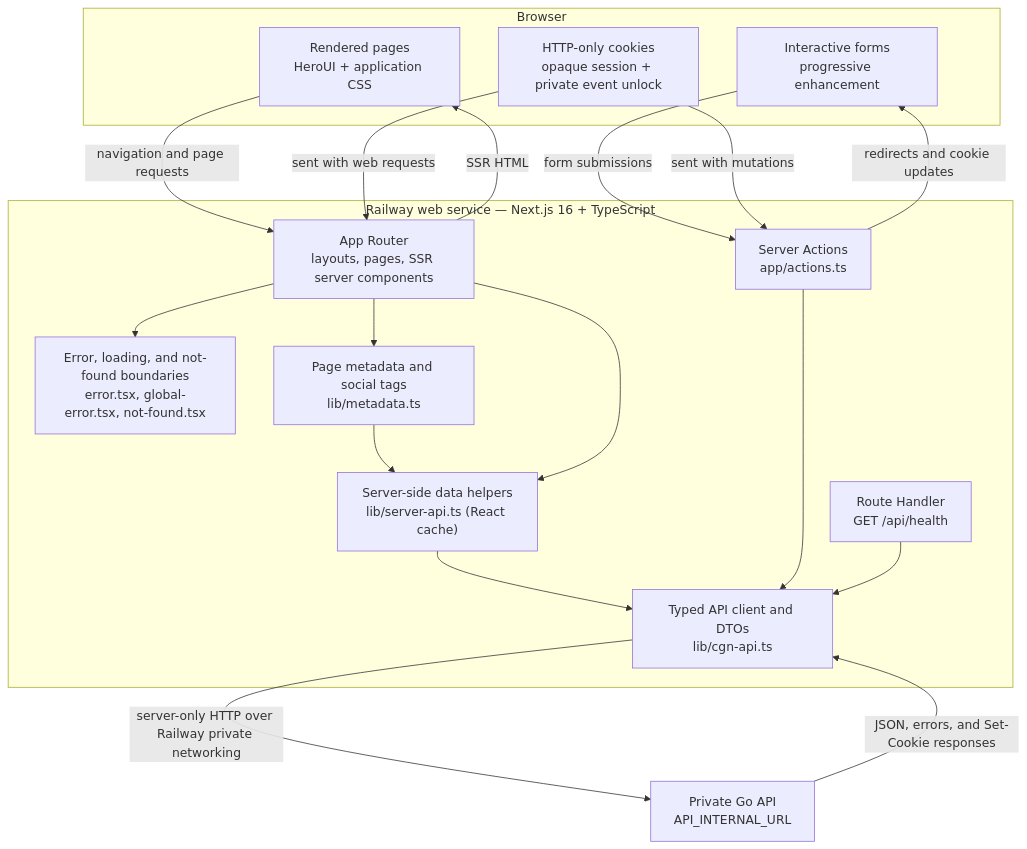
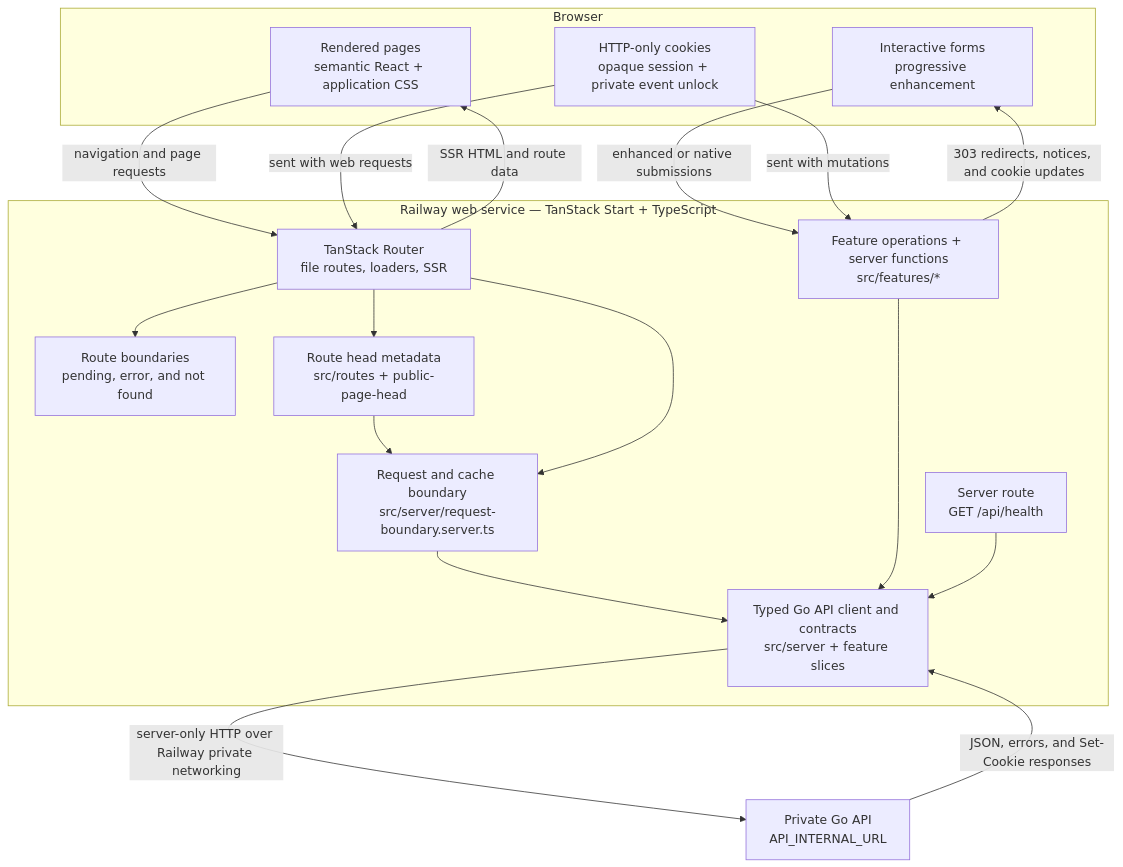
The first of 3 diagrams in docs/14-architecture-diagrams.md (Campus-Gaming-Network/core), drawn with Mermaid before and after one commit. The commit also changed other lines of this file and 295 other files, not shown here.

Commit message:
feat(web): complete TanStack Start cutover

````diff
--- a/docs/14-architecture-diagrams.md
+++ b/docs/14-architecture-diagrams.md
@@ -7,38 +7,38 @@
 ```mermaid
 flowchart TB
     subgraph Browser["Browser"]
-        Pages["Rendered pages<br/>HeroUI + application CSS"]
+        Pages["Rendered pages<br/>semantic React + application CSS"]
         Forms["Interactive forms<br/>progressive enhancement"]
         Cookies["HTTP-only cookies<br/>opaque session + private event unlock"]
     end
 
-    subgraph Web["Railway web service — Next.js 16 + TypeScript"]
-        AppRouter["App Router<br/>layouts, pages, SSR server components"]
-        Boundaries["Error, loading, and not-found boundaries<br/>error.tsx, global-error.tsx, not-found.tsx"]
-        ServerActions["Server Actions<br/>app/actions.ts"]
-        HealthRoute["Route Handler<br/>GET /api/health"]
-        Metadata["Page metadata and social tags<br/>lib/metadata.ts"]
-        ServerAPI["Server-side data helpers<br/>lib/server-api.ts (React cache)"]
-        APIClient["Typed API client and DTOs<br/>lib/cgn-api.ts"]
+    subgraph Web["Railway web service — TanStack Start + TypeScript"]
+        Router["TanStack Router<br/>file routes, loaders, SSR"]
+        Boundaries["Route boundaries<br/>pending, error, and not found"]
+        Operations["Feature operations + server functions<br/>src/features/*"]
+        HealthRoute["Server route<br/>GET /api/health"]
+        Metadata["Route head metadata<br/>src/routes + public-page-head"]
+        RequestBoundary["Request and cache boundary<br/>src/server/request-boundary.server.ts"]
+        APIClient["Typed Go API client and contracts<br/>src/server + feature slices"]
     end
 
     GoAPI["Private Go API<br/>API_INTERNAL_URL"]
 
-    Pages -->|"navigation and page requests"| AppRouter
-    Forms -->|"form submissions"| ServerActions
-    Cookies -->|"sent with web requests"| AppRouter
-    Cookies -->|"sent with mutations"| ServerActions
+    Pages -->|"navigation and page requests"| Router
+    Forms -->|"enhanced or native submissions"| Operations
+    Cookies -->|"sent with web requests"| Router
+    Cookies -->|"sent with mutations"| Operations
 
-    AppRouter --> Boundaries
-    AppRouter --> Metadata
-    Metadata --> ServerAPI
-    AppRouter --> ServerAPI
-    ServerAPI --> APIClient
-    ServerActions --> APIClient
+    Router --> Boundaries
+    Router --> Metadata
+    Metadata --> RequestBoundary
+    Router --> RequestBoundary
+    RequestBoundary --> APIClient
+    Operations --> APIClient
     HealthRoute --> APIClient
 
     APIClient -->|"server-only HTTP over Railway private networking"| GoAPI
     GoAPI -->|"JSON, errors, and Set-Cookie responses"| APIClient
-    AppRouter -->|"SSR HTML"| Pages
-    ServerActions -->|"redirects and cookie updates"| Forms
+    Router -->|"SSR HTML and route data"| Pages
+    Operations -->|"303 redirects, notices, and cookie updates"| Forms
 ```
````
